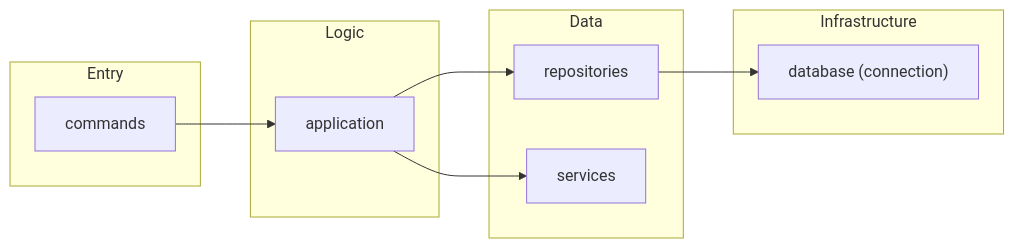
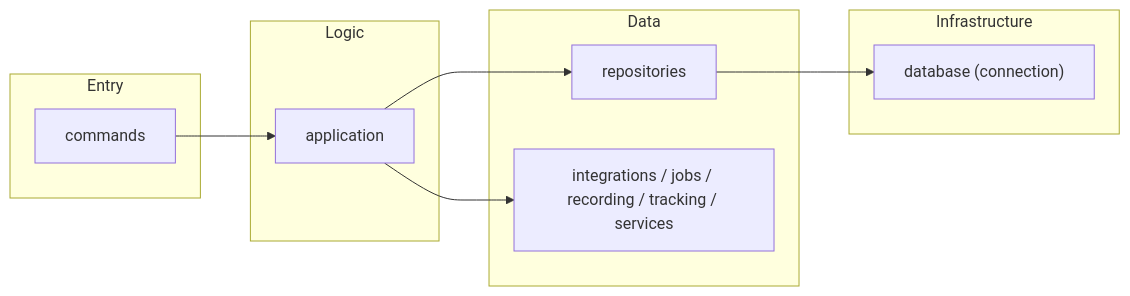
One commit to iam74k4/DiscordBot changed the first of 2 diagrams in docs/architecture.md. Above: the diagram before and after it, drawn with Mermaid. The commit also changed other lines of this file and 8 other files, not shown here.

First line of the commit message:
docs(architecture): sync layout guidance

````diff
--- a/docs/architecture.md
+++ b/docs/architecture.md
@@ -134,21 +142,21 @@
 ```mermaid
 flowchart LR
   subgraph Entry
     commands["commands"]
   end
   subgraph Logic
     application["application"]
   end
   subgraph Data
     repositories["repositories"]
-    services["services"]
+    runtimeFolders["integrations / jobs / recording / tracking / services"]
   end
   subgraph Infrastructure
     database["database (connection)"]
   end
 
   commands --> application
   application --> repositories
-  application --> services
+  application --> runtimeFolders
   repositories --> database
 ```
````
